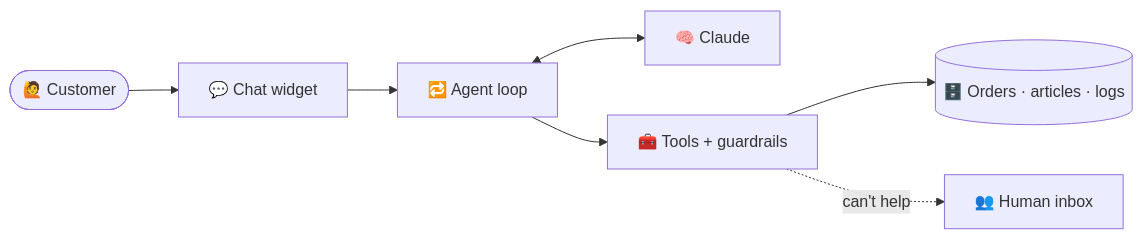
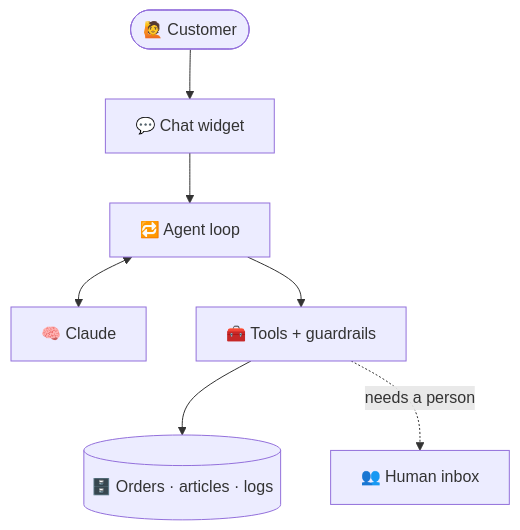
The diagram in README.md (pritmon/concierge-ai-agent), drawn with Mermaid before and after one commit.

Commit message:
Use a top-down layout for the README diagram

````diff
--- a/README.md
+++ b/README.md
@@ -121,9 +121,9 @@
 ```mermaid
-flowchart LR
+flowchart TD
     C(["🙋 Customer"]) --> W["💬 Chat widget"]
     W --> L["🔁 Agent loop"]
     L <--> M["🧠 Claude"]
     L --> T["🧰 Tools + guardrails"]
     T --> D[("🗄️ Orders · articles · logs")]
-    T -. "can't help" .-> H["👥 Human inbox"]
+    T -. "needs a person" .-> H["👥 Human inbox"]
 ```
````
